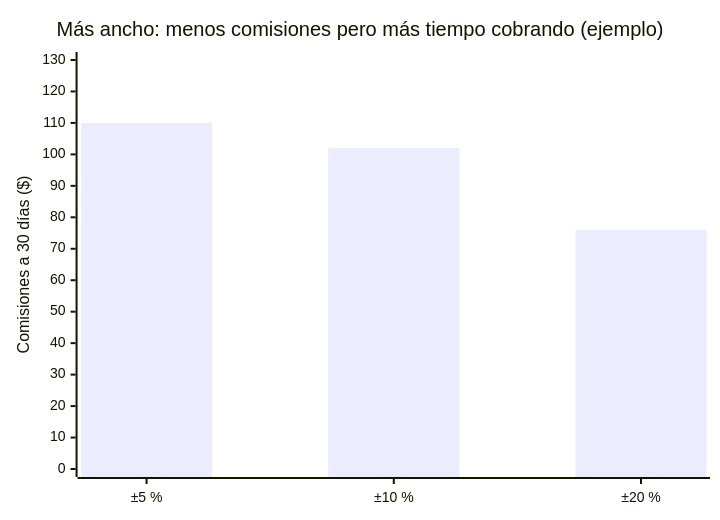
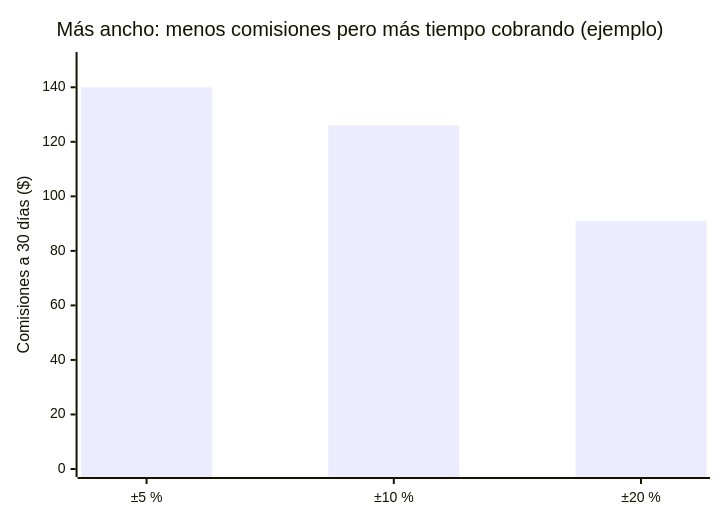
One commit to Caiico1/etapas-weinstein changed the third of 7 diagrams in Guia Simulador.md. Above: the diagram before and after it, drawn with Mermaid. The commit also changed other lines of this file and 12 other files, not shown here.

````diff
--- a/Guia Simulador.md
+++ b/Guia Simulador.md
@@ -293,7 +298,7 @@
 ```mermaid
 xychart-beta
     title "Más ancho: menos comisiones pero más tiempo cobrando (ejemplo)"
     x-axis ["±5 %", "±10 %", "±20 %"]
-    y-axis "Comisiones a 30 días ($)" 0 --> 130
-    bar [110, 102, 76]
+    y-axis "Comisiones a 30 días ($)" 0 --> 150
+    bar [140, 126, 91]
 ```
````
